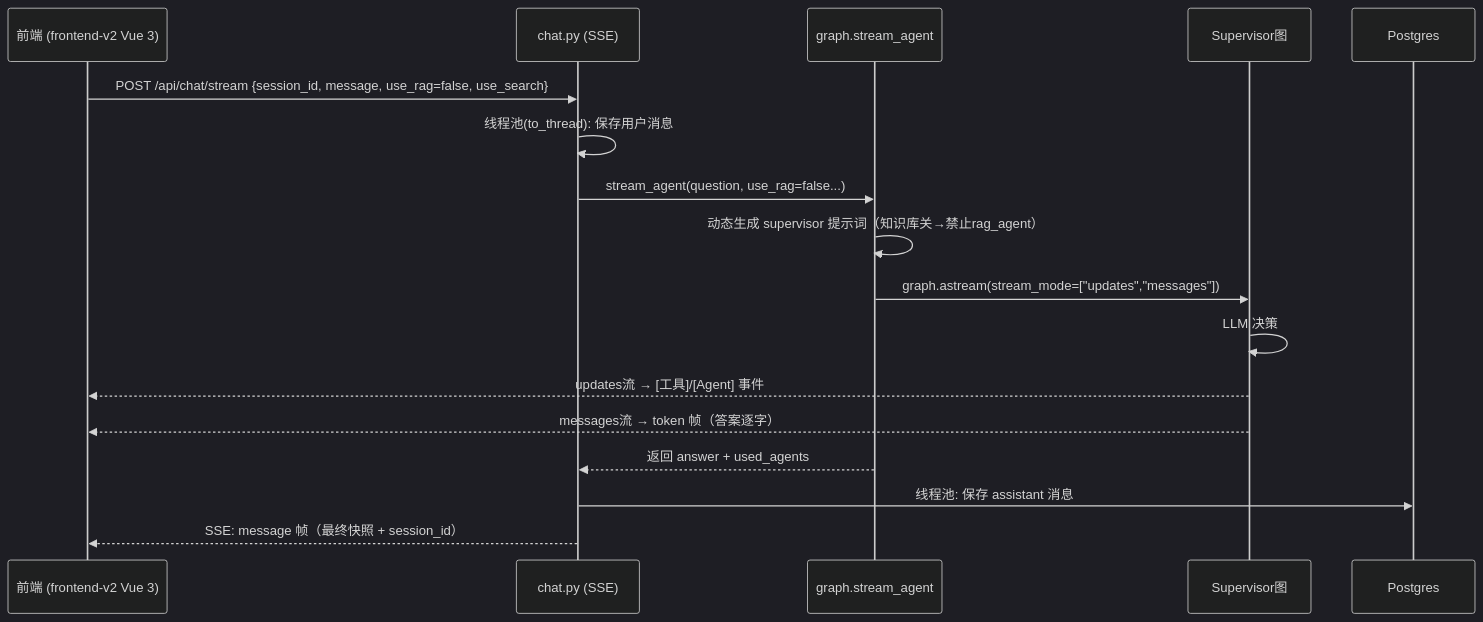
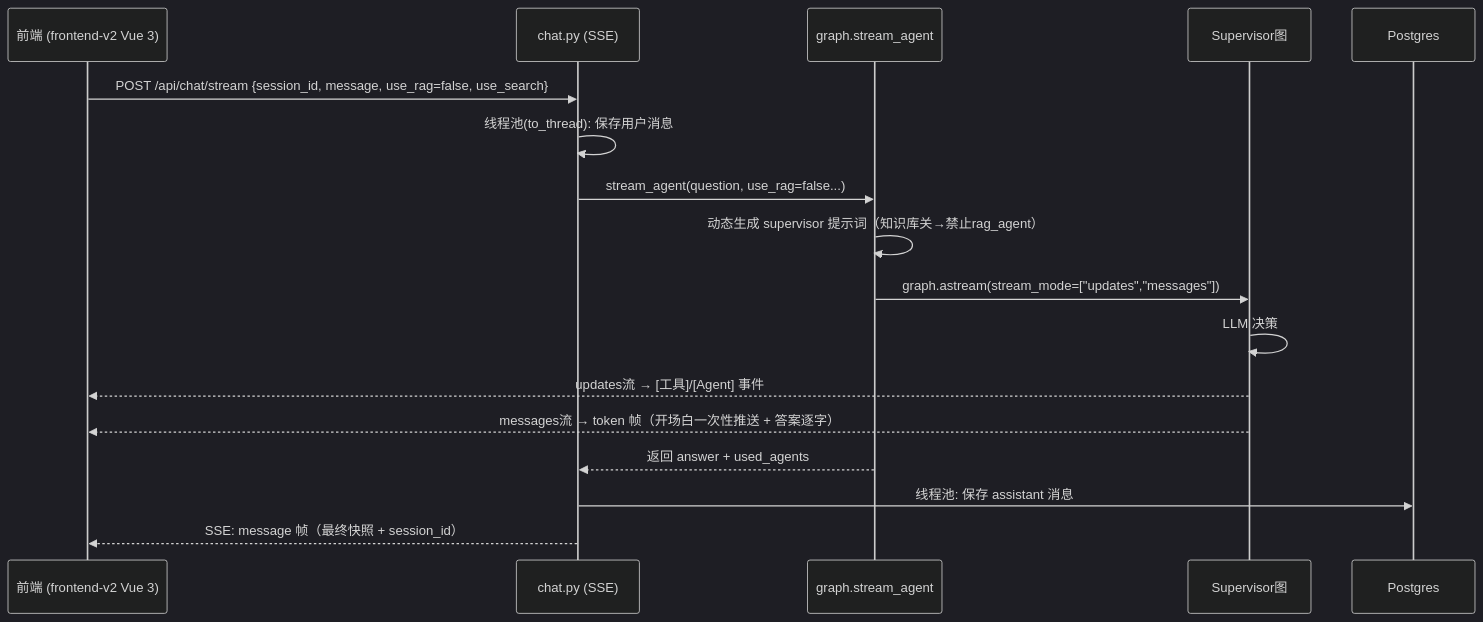
The third of 9 diagrams in docs/EXPLAIN.md (Zhuliqx/Agentchat), drawn with Mermaid (dark theme) before and after one commit. The commit also changed other lines of this file and 60 other files, not shown here.

````diff
--- a/docs/EXPLAIN.md
+++ b/docs/EXPLAIN.md
@@ -150,19 +151,19 @@
 ```mermaid
 sequenceDiagram
     participant FE as 前端 (frontend-v2 Vue 3)
     participant C as chat.py (SSE)
     participant G as graph.stream_agent
     participant S as Supervisor图
     participant DB as Postgres
     FE->>C: POST /api/chat/stream {session_id, message, use_rag=false, use_search}
     C->>C: 线程池(to_thread): 保存用户消息
     C->>G: stream_agent(question, use_rag=false...)
     G->>G: 动态生成 supervisor 提示词（知识库关→禁止rag_agent）
     G->>S: graph.astream(stream_mode=["updates","messages"])
     S->>S: LLM 决策
     S-->>FE: updates流 → [工具]/[Agent] 事件
-    S-->>FE: messages流 → token 帧（答案逐字）
+    S-->>FE: messages流 → token 帧（开场白一次性推送 + 答案逐字）
     G-->>C: 返回 answer + used_agents
     C->>DB: 线程池: 保存 assistant 消息
     C-->>FE: SSE: message 帧（最终快照 + session_id）
 ```
````
